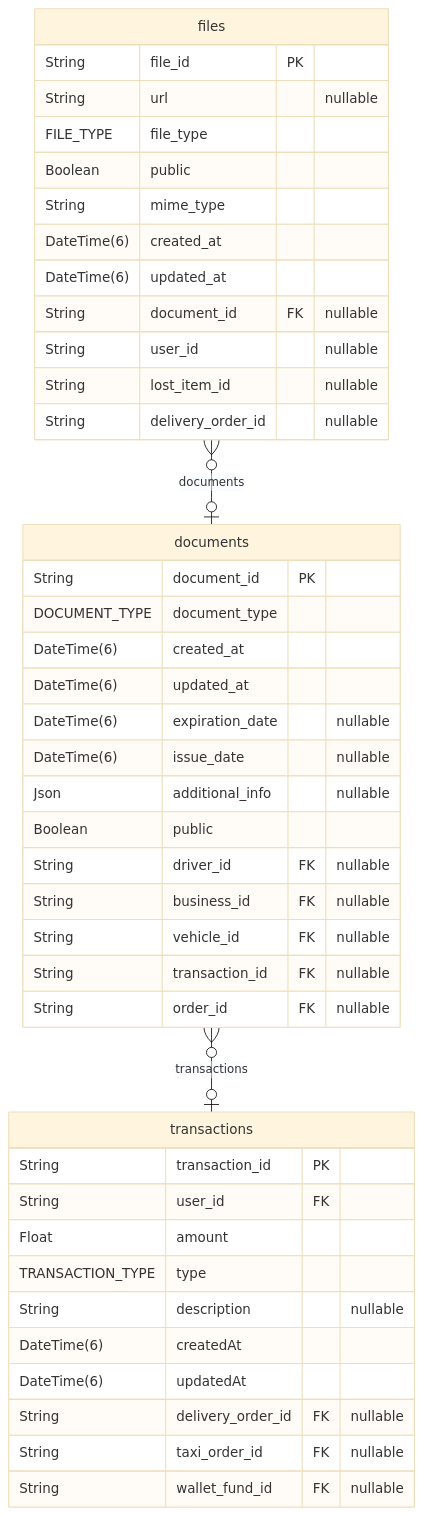
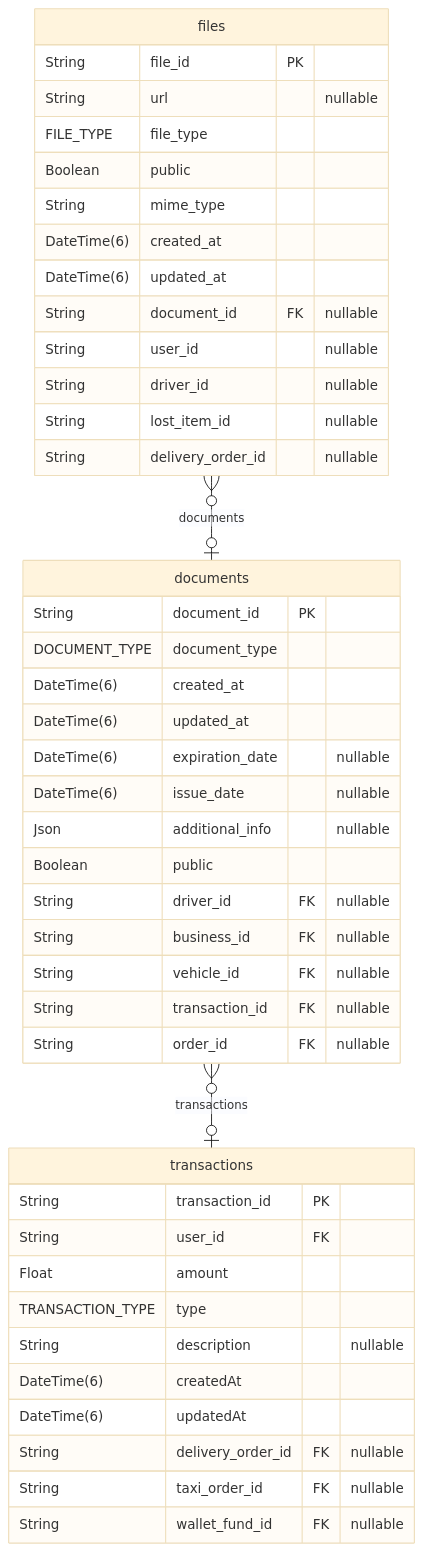
One commit to pbozic/be-analyisis changed the sixth of 40 diagrams in prisma/schemas/ERD.md. Above: the diagram before and after it, drawn with Mermaid (base theme). The commit also changed other lines of this file and 23 other files, not shown here.

````diff
--- a/prisma/schemas/ERD.md
+++ b/prisma/schemas/ERD.md
@@ -813,45 +803,46 @@
 ```mermaid
 erDiagram
 "documents" {
   String document_id PK
   DOCUMENT_TYPE document_type
   DateTime(6) created_at
   DateTime(6) updated_at
   DateTime(6) expiration_date "nullable"
   DateTime(6) issue_date "nullable"
   Json additional_info "nullable"
   Boolean public
   String driver_id FK "nullable"
   String business_id FK "nullable"
   String vehicle_id FK "nullable"
   String transaction_id FK "nullable"
   String order_id FK "nullable"
 }
 "files" {
   String file_id PK
   String url "nullable"
   FILE_TYPE file_type
   Boolean public
   String mime_type
   DateTime(6) created_at
   DateTime(6) updated_at
   String document_id FK "nullable"
   String user_id "nullable"
+  String driver_id "nullable"
   String lost_item_id "nullable"
   String delivery_order_id "nullable"
 }
 "transactions" {
   String transaction_id PK
   String user_id FK
   Float amount
   TRANSACTION_TYPE type
   String description "nullable"
   DateTime(6) createdAt
   DateTime(6) updatedAt
   String delivery_order_id FK "nullable"
   String taxi_order_id FK "nullable"
   String wallet_fund_id FK "nullable"
 }
 "documents" }o--o| "transactions" : transactions
 "files" }o--o| "documents" : documents
 ```
````
